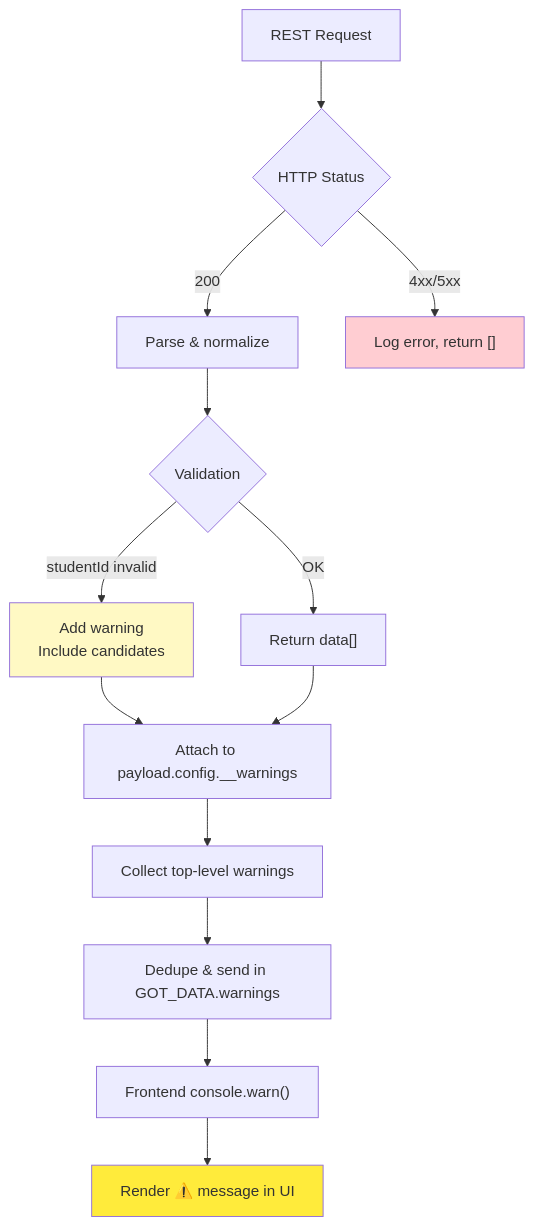
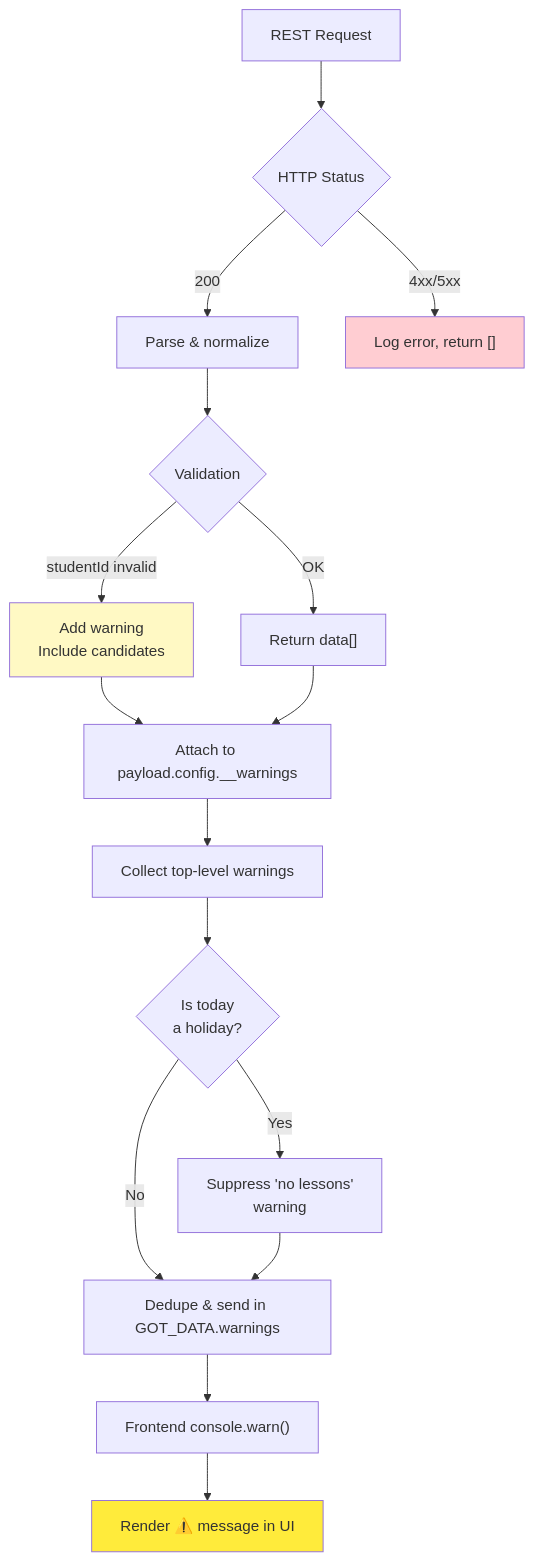
Before and after one commit to HeikoGr/MMM-Webuntis: the ninth of 9 diagrams in ARCHITECTURE.md, drawn with Mermaid. The commit also changed other lines of this file and 4 other files, not shown here.

Commit message:
feat(holidays): integrate holiday handling in lessons and grid widgets, update architecture documentation

````diff
--- a/ARCHITECTURE.md
+++ b/ARCHITECTURE.md
@@ -371,24 +381,27 @@
 ```mermaid
 graph TD
     A["REST Request"]
     --> B{HTTP Status}
 
     B -->|200| C["Parse & normalize"]
     B -->|4xx/5xx| D["Log error, return []"]
 
     C --> E{Validation}
     E -->|studentId invalid| F["Add warning<br/>Include candidates"]
     E -->|OK| G["Return data[]"]
 
     F --> H["Attach to payload.config.__warnings"]
     G --> H
 
     H --> I["Collect top-level warnings"]
-    I --> J["Dedupe & send in GOT_DATA.warnings"]
+    I --> HOL{"Is today<br/>a holiday?"}
+    HOL -->|Yes| SKIP["Suppress 'no lessons'<br/>warning"]
+    HOL -->|No| J["Dedupe & send in GOT_DATA.warnings"]
+    SKIP --> J
     J --> K["Frontend console.warn()"]
     K --> L["Render ⚠️ message in UI"]
 
     style D fill:#ffcdd2
     style F fill:#fff9c4
     style L fill:#ffeb3b
 ```
````
